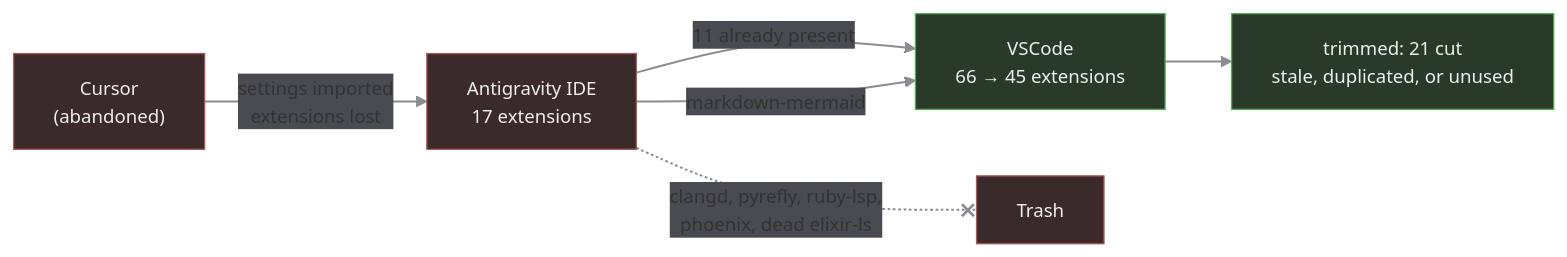
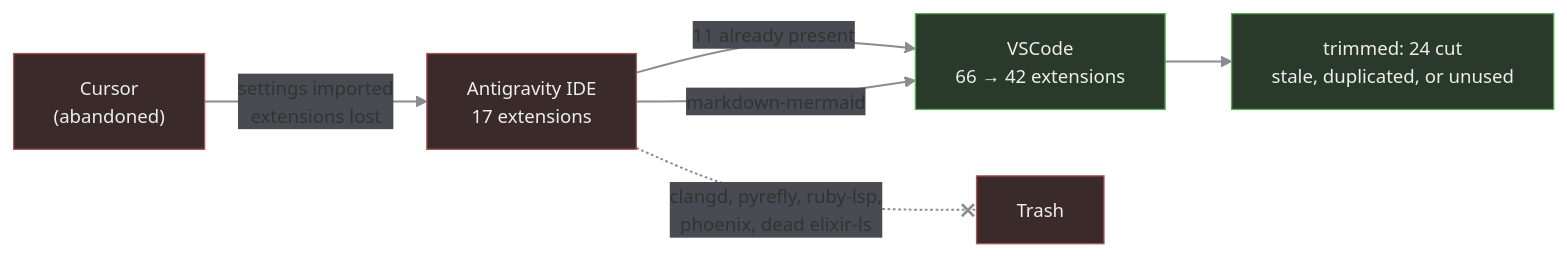
Before and after one commit to daneroo/dotfiles: the diagram in README-VSCode.md, drawn with Mermaid. The commit also changed other lines of this file, not shown here.

First line of the commit message:
docs: final trimmed extension list (66 -> 42)

````diff
--- a/README-VSCode.md
+++ b/README-VSCode.md
@@ -11,26 +11,26 @@
 ```mermaid
 %%{init: {"theme":"base","themeVariables":{
   "lineColor":"#8b8b93",
   "edgeLabelBackground":"#4a4a52",
   "textColor":"#e6e6e6",
   "fontSize":"14px"
 }}}%%
 flowchart LR
     Cursor["Cursor<br/>(abandoned)"]
     AGY["Antigravity IDE<br/>17 extensions"]
-    VSC["VSCode<br/>66 → 45 extensions"]
+    VSC["VSCode<br/>66 → 42 extensions"]
 
     Cursor -- "settings imported<br/>extensions lost" --> AGY
     AGY -- "11 already present" --> VSC
     AGY -- "markdown-mermaid" --> VSC
     AGY -. "clangd, pyrefly, ruby-lsp,<br/>phoenix, dead elixir-ls" .-x Trash
 
-    VSC --> Trim["trimmed: 21 cut<br/>stale, duplicated, or unused"]
+    VSC --> Trim["trimmed: 24 cut<br/>stale, duplicated, or unused"]
 
     linkStyle default stroke:#8b8b93,stroke-width:1.5px
 
     classDef gone fill:#3a2a2a,stroke:#a55,color:#eee
     classDef keep fill:#2a3a2a,stroke:#5a5,color:#eee
     class Cursor,AGY,Trash gone
     class VSC,Trim keep
 ```
````
